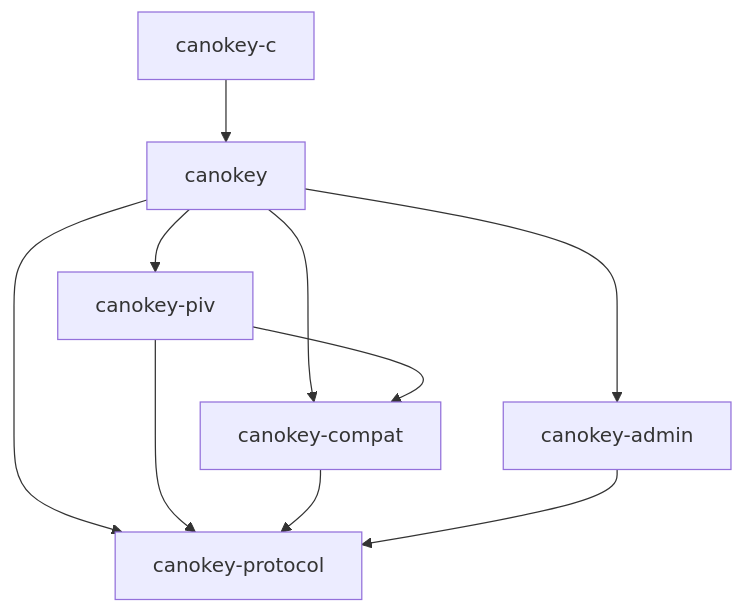
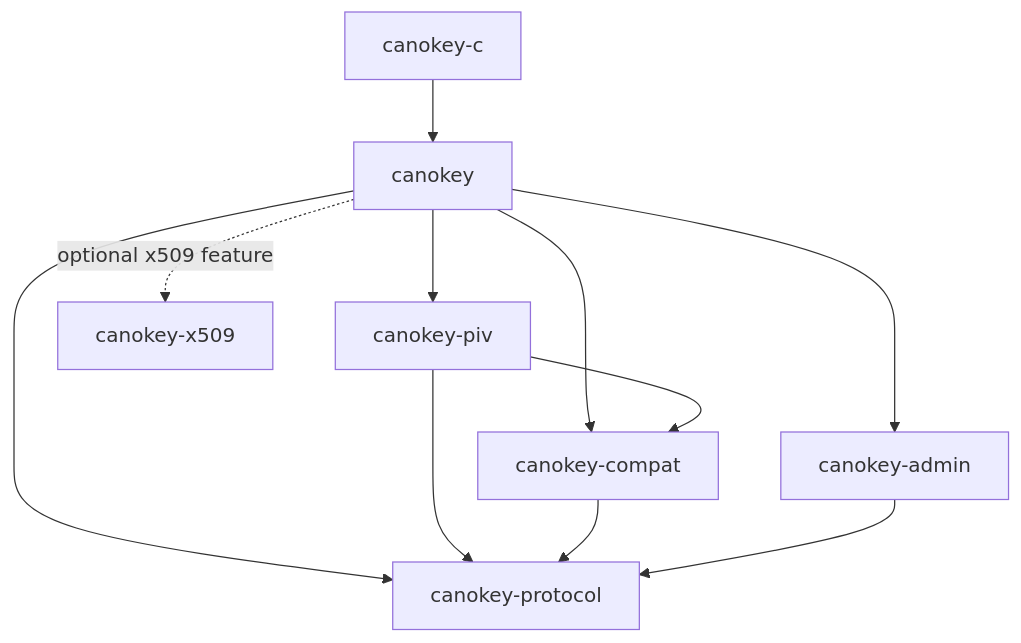
One commit to canokeys/x509-info changed the diagram in .history/workspace/README.md. Above: the diagram before and after it, drawn with Mermaid. The commit also changed other lines of this file and 7 other files, not shown here.

````diff
--- a/.history/workspace/README.md
+++ b/.history/workspace/README.md
@@ -20,12 +21,13 @@
 ```mermaid
 graph TD
     C[canokey-c] --> F[canokey]
     F --> A[canokey-admin]
     F --> P[canokey-piv]
     F --> K[canokey-compat]
     F --> R[canokey-protocol]
+    F -. optional x509 feature .-> X[canokey-x509]
     P --> K
     P --> R
     K --> R
     A --> R
 ```
````
